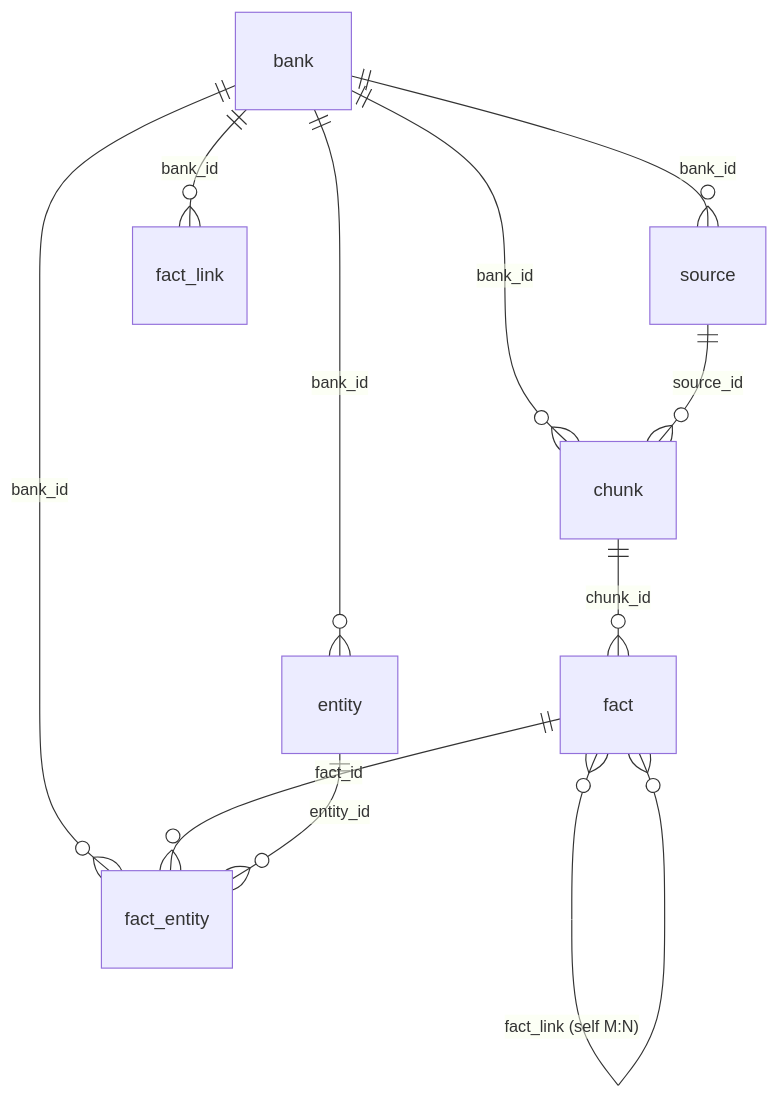
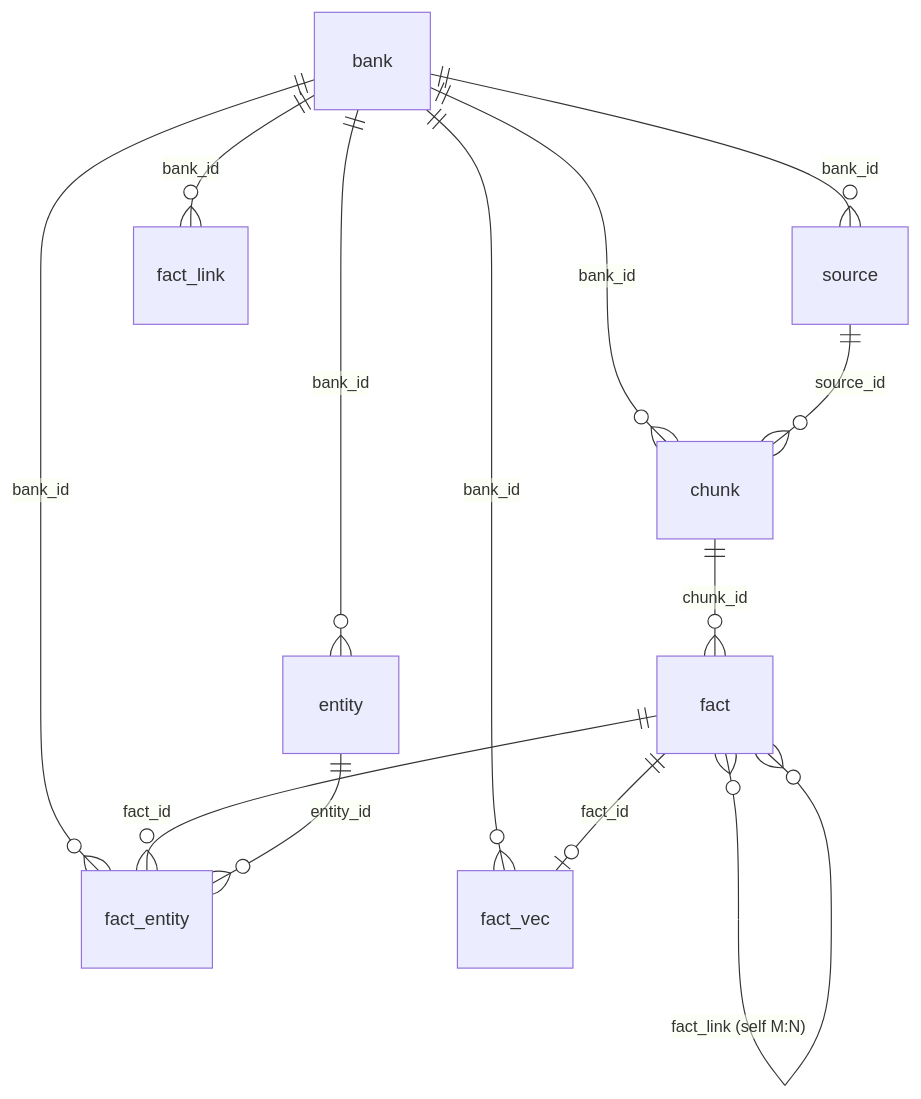
The diagram in design/memory-schema.md (lichuang/memorybank), drawn with Mermaid before and after one commit. The commit also changed other lines of this file and 15 other files, not shown here.

Commit message:
feat: move fact embeddings into a schema-managed sqlite-vec table for exact KNN search

````diff
--- a/design/memory-schema.md
+++ b/design/memory-schema.md
@@ -217,13 +232,15 @@
 ```mermaid
 erDiagram
     bank ||--o{ source : "bank_id"
     bank ||--o{ entity : "bank_id"
     bank ||--o{ chunk : "bank_id"
     bank ||--o{ fact_entity : "bank_id"
     bank ||--o{ fact_link : "bank_id"
+    bank ||--o{ fact_vec : "bank_id"
     source ||--o{ chunk : "source_id"
     chunk ||--o{ fact : "chunk_id"
+    fact ||--o| fact_vec : "fact_id"
     fact ||--o{ fact_entity : "fact_id"
     entity ||--o{ fact_entity : "entity_id"
     fact }o--o{ fact : "fact_link (self M:N)"
 ```
````
